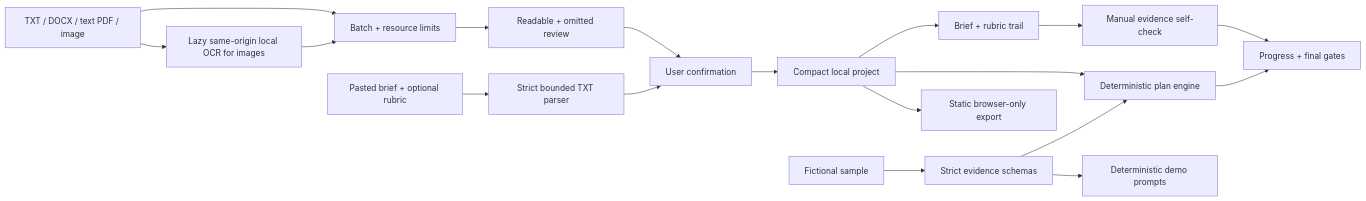
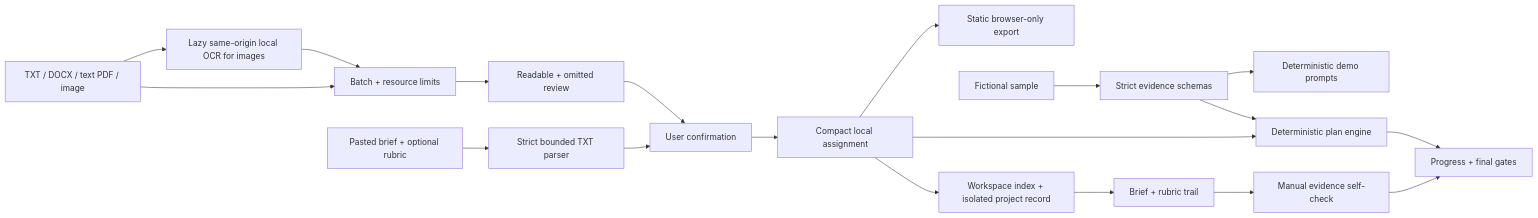
One commit to Sion612/rubrictrail changed the diagram in README.md. Above: the diagram before and after it, drawn with Mermaid. The commit also changed other lines of this file and 55 other files, not shown here.

First line of the commit message:
feat: activate v0.8.0 multi-assignment workspace (#48)

````diff
--- a/README.md
+++ b/README.md
@@ -320,20 +350,21 @@
 ```mermaid
 flowchart LR
   A["TXT / DOCX / text PDF / image"] --> B["Batch + resource limits"]
   A --> O["Lazy same-origin local OCR for images"]
   O --> B
   B --> R["Readable + omitted review"]
   P["Pasted brief + optional rubric"] --> T["Strict bounded TXT parser"]
   R --> C["User confirmation"]
   T --> C
-  C --> D["Compact local project"]
-  D --> E["Brief + rubric trail"]
+  C --> D["Compact local assignment"]
+  D --> W["Workspace index + isolated project record"]
+  W --> E["Brief + rubric trail"]
   D --> F["Deterministic plan engine"]
   E --> G["Manual evidence self-check"]
   F --> H["Progress + final gates"]
   G --> H
   S["Fictional sample"] --> I["Strict evidence schemas"]
   I --> F
   I --> J["Deterministic demo prompts"]
   D --> K["Static browser-only export"]
 ```
````
